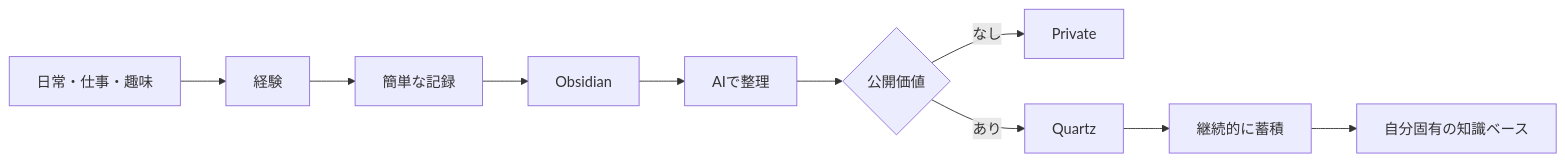
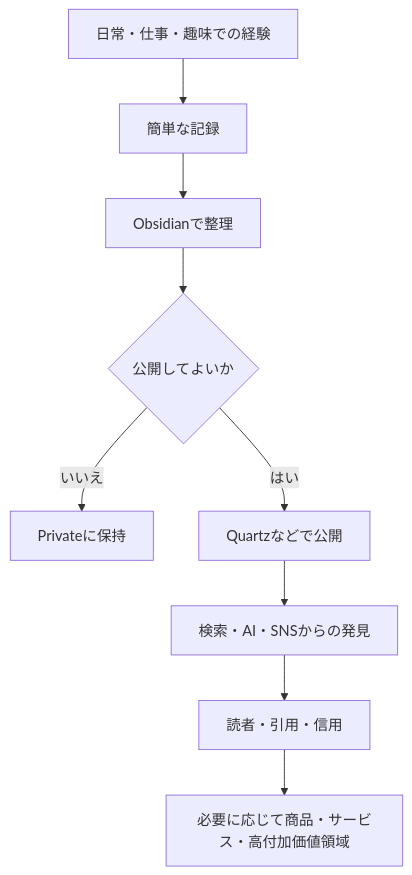
The third of 4 diagrams in content/31_Research/AI時代のWeb閲覧・広告収益・個人サイト戦略についての整理.md (fukkamaru/digital-garden), drawn with Mermaid before and after one commit. The commit also changed other lines of this file and 319 other files, not shown here.

````diff
--- a/content/31_Research/AI時代のWeb閲覧・広告収益・個人サイト戦略についての整理.md
+++ b/content/31_Research/AI時代のWeb閲覧・広告収益・個人サイト戦略についての整理.md
@@ -1324,12 +136,11 @@
 ```mermaid
-flowchart LR
-    A[日常・仕事・趣味] --> B[経験]
-    B --> C[簡単な記録]
-    C --> D[Obsidian]
-    D --> E[AIで整理]
-    E --> F{公開価値}
-    F -->|なし| G[Private]
-    F -->|あり| H[Quartz]
-    H --> I[継続的に蓄積]
-    I --> J[自分固有の知識ベース]
+flowchart TD
+    A[日常・仕事・趣味での経験] --> B[簡単な記録]
+    B --> C[Obsidianで整理]
+    C --> D{公開してよいか}
+    D -->|いいえ| E[Privateに保持]
+    D -->|はい| F[Quartzなどで公開]
+    F --> G[検索・AI・SNSからの発見]
+    G --> H[読者・引用・信用]
+    H --> I[必要に応じて商品・サービス・高付加価値領域]
 ```
````
